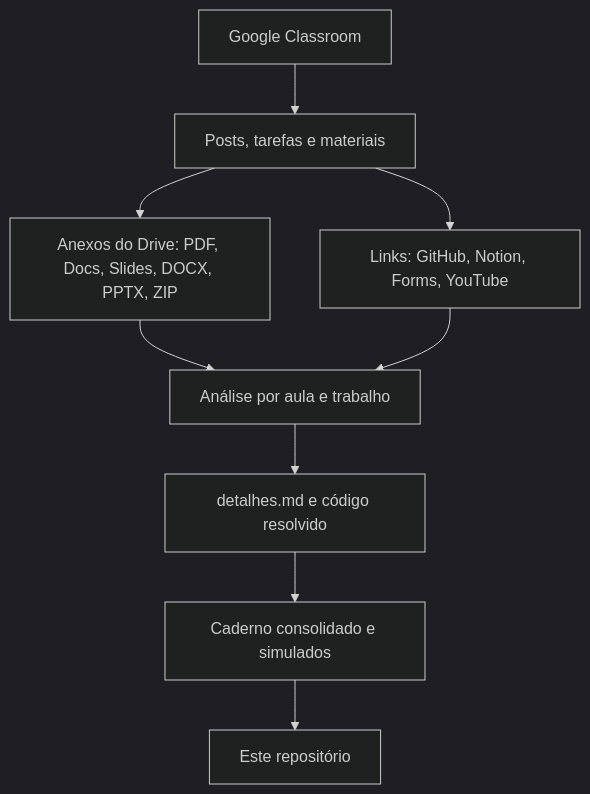
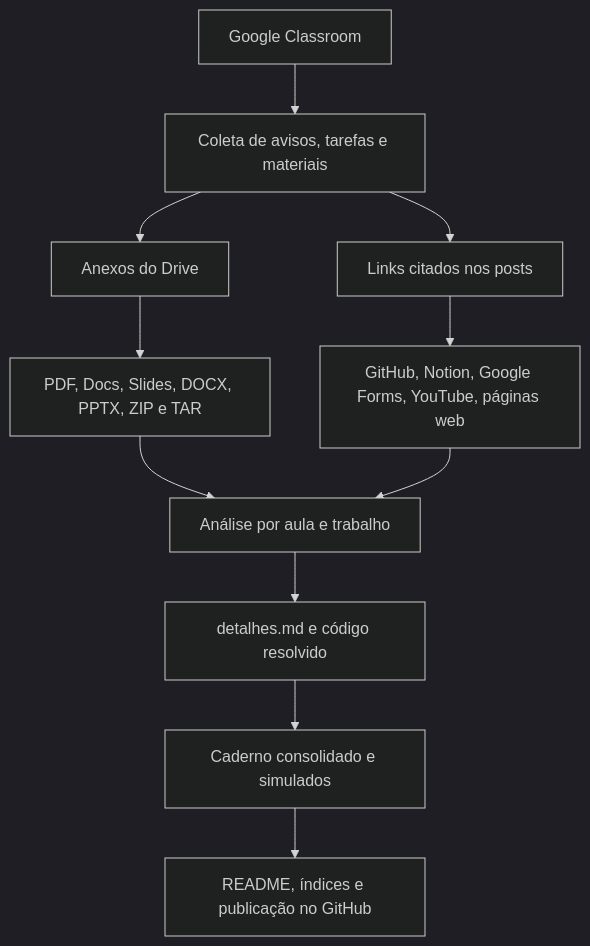
Before and after one commit to murilolol/unifef: the first of 2 diagrams in README.md, drawn with Mermaid (dark theme). The commit also changed other lines of this file, not shown here.

````diff
--- a/README.md
+++ b/README.md
@@ -34,11 +117,13 @@
 ```mermaid
 flowchart TD
-  A[Google Classroom] --> B[Posts, tarefas e materiais]
-  B --> C[Anexos do Drive: PDF, Docs, Slides, DOCX, PPTX, ZIP]
-  B --> D[Links: GitHub, Notion, Forms, YouTube]
-  C --> E[Análise por aula e trabalho]
-  D --> E
+  A[Google Classroom] --> B[Coleta de avisos, tarefas e materiais]
+  B --> C[Anexos do Drive]
+  B --> D[Links citados nos posts]
+  C --> C1[PDF, Docs, Slides, DOCX, PPTX, ZIP e TAR]
+  D --> D1[GitHub, Notion, Google Forms, YouTube, páginas web]
+  C1 --> E[Análise por aula e trabalho]
+  D1 --> E
   E --> F[detalhes.md e código resolvido]
   F --> G[Caderno consolidado e simulados]
-  G --> H[Este repositório]
+  G --> H[README, índices e publicação no GitHub]
 ```
````
